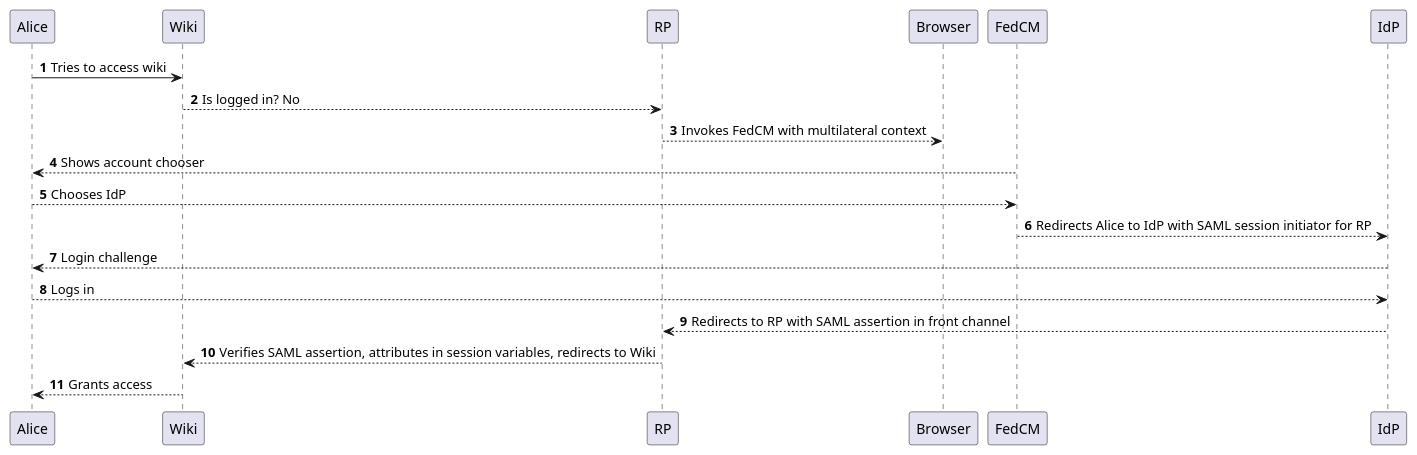
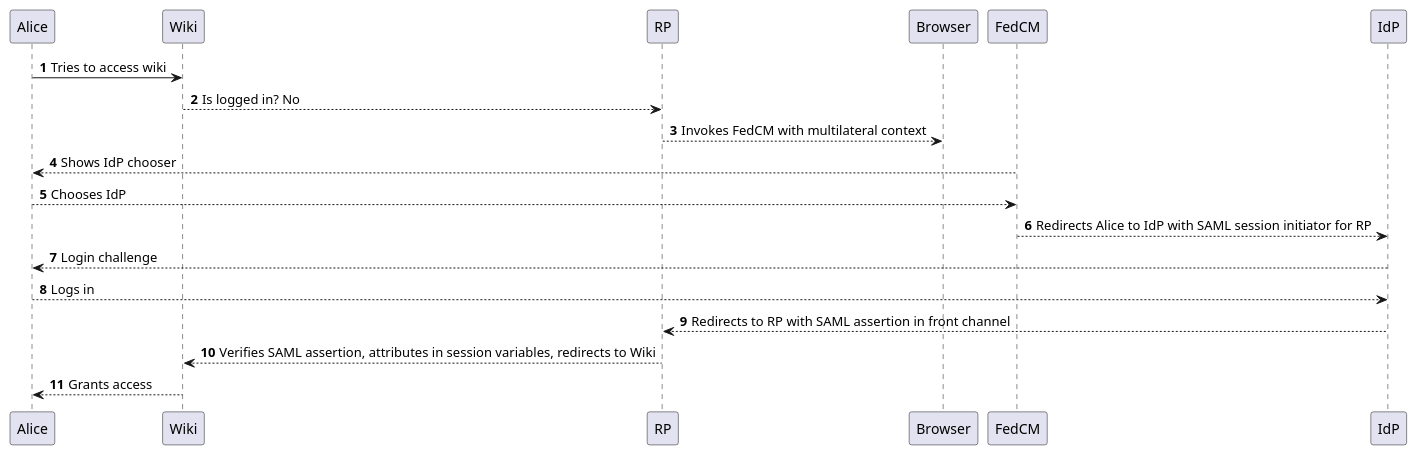
The diagram in documentation/fedcm-rne-sequence.plantuml (nckroy/ApacheDS-Docker), drawn with PlantUML before and after one commit. The commit also changed 1 other file, not shown here.

Commit message:
Updated sequence diagram

```diff
--- a/documentation/fedcm-rne-sequence.plantuml
+++ b/documentation/fedcm-rne-sequence.plantuml
@@ -1,17 +1,17 @@
 @startuml
 'https://plantuml.com/sequence-diagram
 
 autonumber
 
 Alice -> Wiki: Tries to access wiki
 Wiki --> RP: Is logged in? No
 RP --> Browser: Invokes FedCM with multilateral context
-FedCM --> Alice: Shows account chooser
+FedCM --> Alice: Shows IdP chooser
 Alice --> FedCM: Chooses IdP
 FedCM --> IdP: Redirects Alice to IdP with SAML session initiator for RP
 IdP --> Alice: Login challenge
 Alice --> IdP: Logs in
 IdP --> RP: Redirects to RP with SAML assertion in front channel
 RP --> Wiki: Verifies SAML assertion, attributes in session variables, redirects to Wiki
 Wiki --> Alice: Grants access
 @enduml
```
